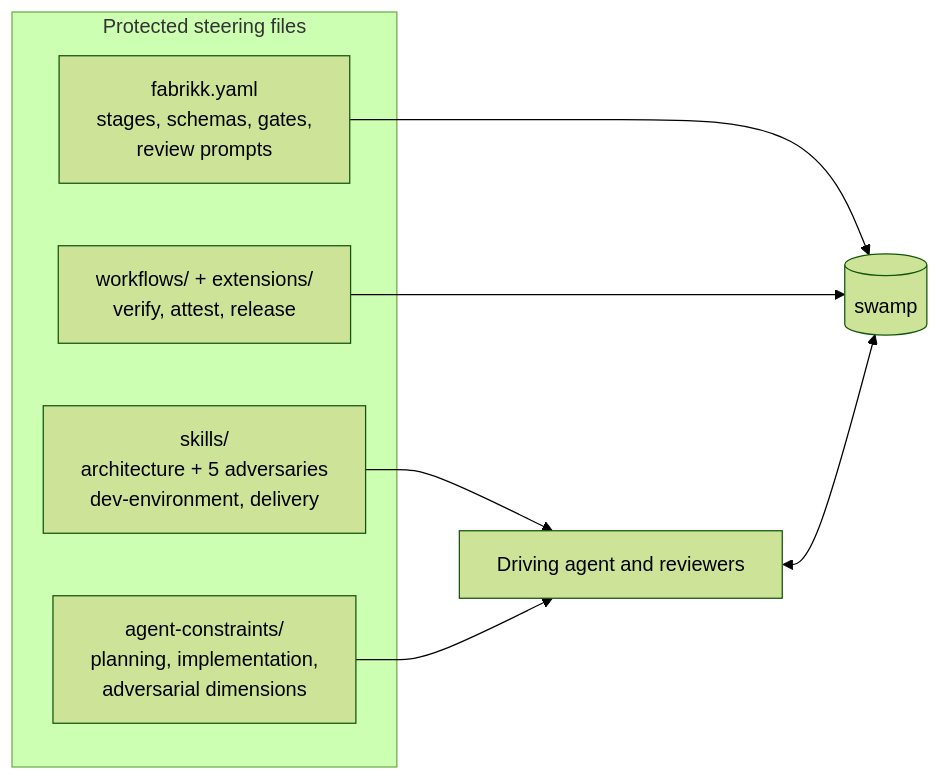
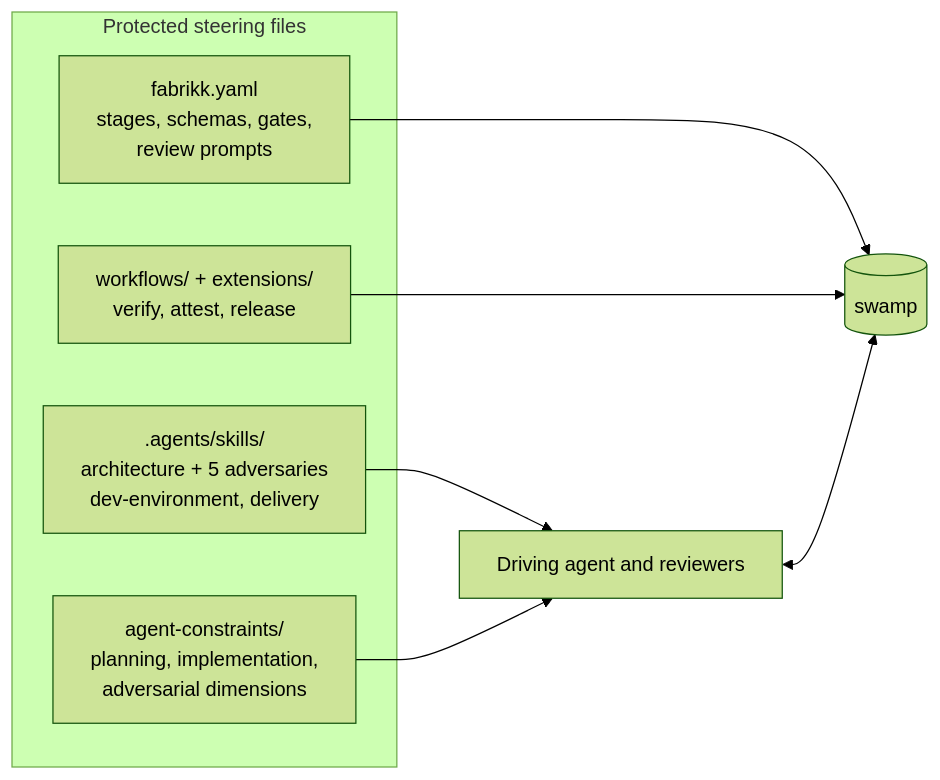
Before and after one commit to dataverket-org/fabrikk: the third of 3 diagrams in docs/explanation/how-fabrikk-works.md, drawn with Mermaid (forest theme). The commit also changed other lines of this file and 38 other files, not shown here.

````diff
--- a/docs/explanation/how-fabrikk-works.md
+++ b/docs/explanation/how-fabrikk-works.md
@@ -117,14 +118,14 @@
 ```mermaid
 flowchart LR
   subgraph steering [Protected steering files]
-    SK[skills/<br/>architecture + 5 adversaries<br/>dev-environment, delivery]
+    SK[.agents/skills/<br/>architecture + 5 adversaries<br/>dev-environment, delivery]
     AC[agent-constraints/<br/>planning, implementation,<br/>adversarial dimensions]
     DEF[fabrikk.yaml<br/>stages, schemas, gates,<br/>review prompts]
     WF[workflows/ + extensions/<br/>verify, attest, release]
   end
   SK --> A[Driving agent and reviewers]
   AC --> A
   DEF --> S[(swamp)]
   WF --> S
   A <--> S
 ```
````
